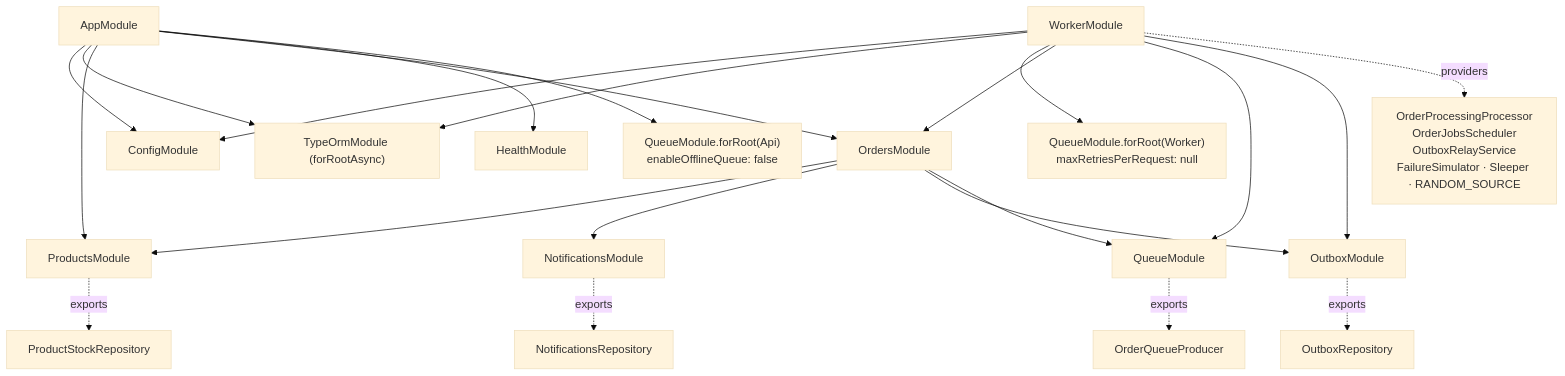
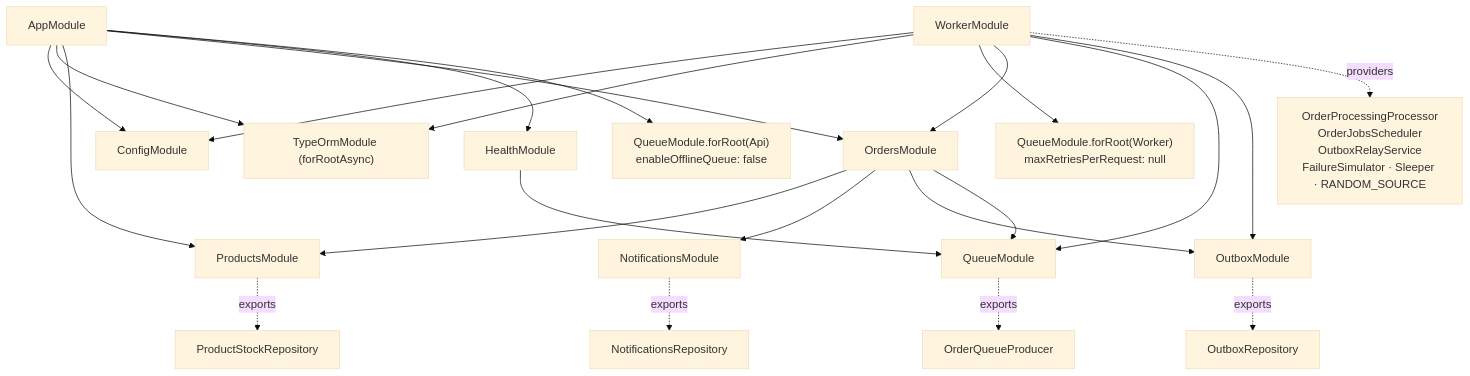
Before and after one commit to hcmus-phat/hemidi-test: the second of 3 diagrams in docs/02-architecture.md, drawn with Mermaid (base theme). The commit also changed other lines of this file and 12 other files, not shown here.

````diff
--- a/docs/02-architecture.md
+++ b/docs/02-architecture.md
@@ -165,26 +168,27 @@
 ```mermaid
 flowchart TD
   AppModule --> ConfigModule
   AppModule --> DatabaseModule["TypeOrmModule (forRootAsync)"]
   AppModule --> ProductsModule
   AppModule --> OrdersModule
   AppModule --> HealthModule
+  HealthModule --> QueueModule
   AppModule --> QueueRootApi["QueueModule.forRoot(Api)<br/>enableOfflineQueue: false"]
 
   WorkerModule --> ConfigModule
   WorkerModule --> DatabaseModule
   WorkerModule --> QueueRootWorker["QueueModule.forRoot(Worker)<br/>maxRetriesPerRequest: null"]
   WorkerModule --> OrdersModule
   WorkerModule --> QueueModule
   WorkerModule --> OutboxModule
   WorkerModule -.->|"providers"| Processor["OrderProcessingProcessor<br/>OrderJobsScheduler<br/>OutboxRelayService<br/>FailureSimulator · Sleeper · RANDOM_SOURCE"]
 
   OrdersModule --> ProductsModule
   OrdersModule --> NotificationsModule
   OrdersModule --> OutboxModule
   OrdersModule --> QueueModule
   QueueModule -.->|"exports"| Producer["OrderQueueProducer"]
   ProductsModule -.->|"exports"| Stock["ProductStockRepository"]
   NotificationsModule -.->|"exports"| NotiRepo["NotificationsRepository"]
   OutboxModule -.->|"exports"| OutboxRepo["OutboxRepository"]
 ```
````
